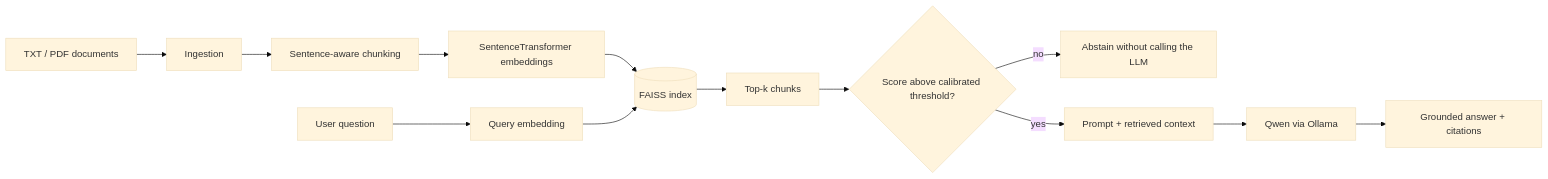
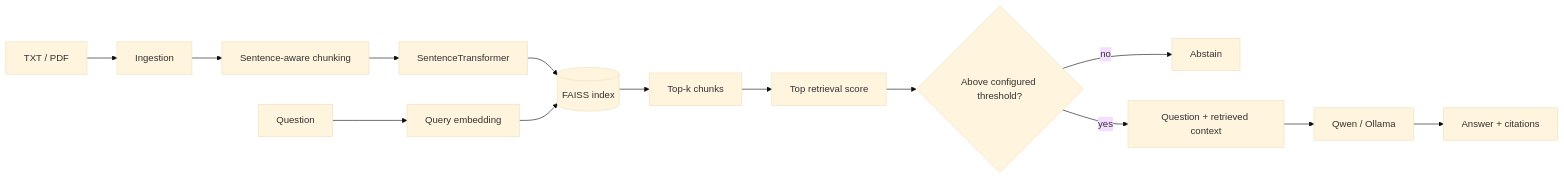
Before and after one commit to Davidkaaa33/ML-projects: the diagram in llm-knowledge-base-assistant/README.md, drawn with Mermaid (base theme). The commit also changed other lines of this file, not shown here.

````diff
--- a/llm-knowledge-base-assistant/README.md
+++ b/llm-knowledge-base-assistant/README.md
@@ -19,16 +36,17 @@
 ```mermaid
 flowchart LR
-    DOC[TXT / PDF documents] --> ING[Ingestion]
+    DOC[TXT / PDF] --> ING[Ingestion]
     ING --> CHUNK[Sentence-aware chunking]
-    CHUNK --> EMB[SentenceTransformer embeddings]
+    CHUNK --> EMB[SentenceTransformer]
     EMB --> IDX[(FAISS index)]
 
-    Q[User question] --> QEMB[Query embedding]
+    Q[Question] --> QEMB[Query embedding]
     QEMB --> IDX
     IDX --> RET[Top-k chunks]
-    RET --> GATE{Score above calibrated threshold?}
-    GATE -- no --> ABSTAIN[Abstain without calling the LLM]
-    GATE -- yes --> PROMPT[Prompt + retrieved context]
-    PROMPT --> LLM[Qwen via Ollama]
-    LLM --> ANS[Grounded answer + citations]
+    RET --> SCORE[Top retrieval score]
+    SCORE --> GATE{Above configured threshold?}
+    GATE -- no --> ABSTAIN[Abstain]
+    GATE -- yes --> PROMPT[Question + retrieved context]
+    PROMPT --> LLM[Qwen / Ollama]
+    LLM --> ANS[Answer + citations]
 ```
````
